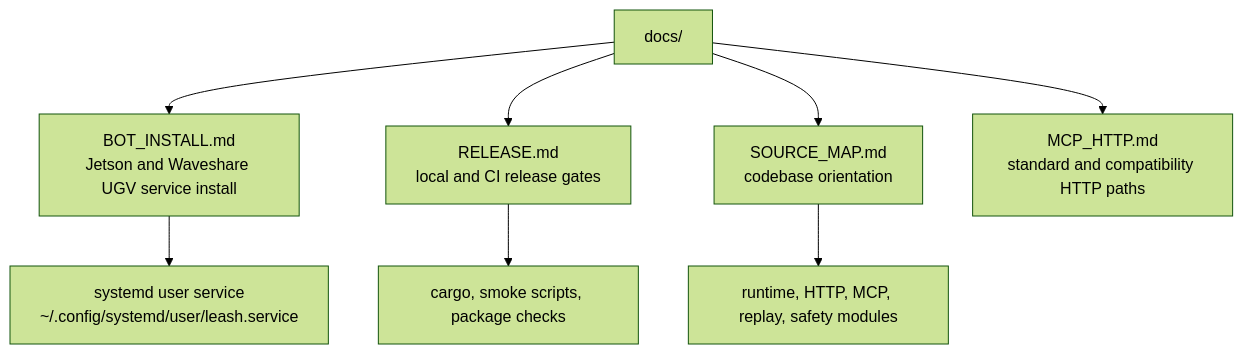
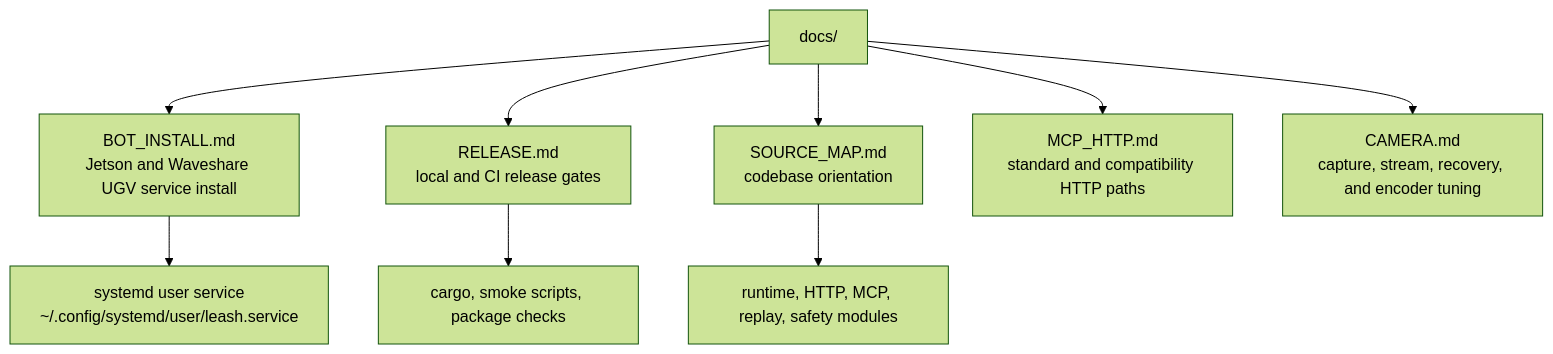
Before and after one commit to specdog/leash: the diagram in docs/README.md, drawn with Mermaid (forest theme). The commit also changed other lines of this file and 14 other files, not shown here.

Commit message:
Add camera health recovery and tuning

````diff
--- a/docs/README.md
+++ b/docs/README.md
@@ -5,11 +5,12 @@
 ```mermaid
 flowchart TB
   docs["docs/"] --> bot["BOT_INSTALL.md\nJetson and Waveshare UGV service install"]
   docs --> release["RELEASE.md\nlocal and CI release gates"]
   docs --> source["SOURCE_MAP.md\ncodebase orientation"]
   docs --> mcp["MCP_HTTP.md\nstandard and compatibility HTTP paths"]
+  docs --> camera["CAMERA.md\ncapture, stream, recovery, and encoder tuning"]
 
   bot --> service["systemd user service\n~/.config/systemd/user/leash.service"]
   release --> proof["cargo, smoke scripts, package checks"]
   source --> modules["runtime, HTTP, MCP, replay, safety modules"]
 ```
````
